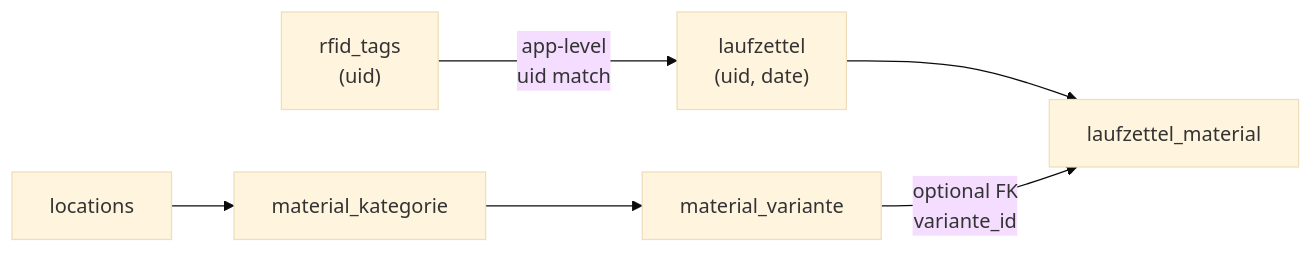
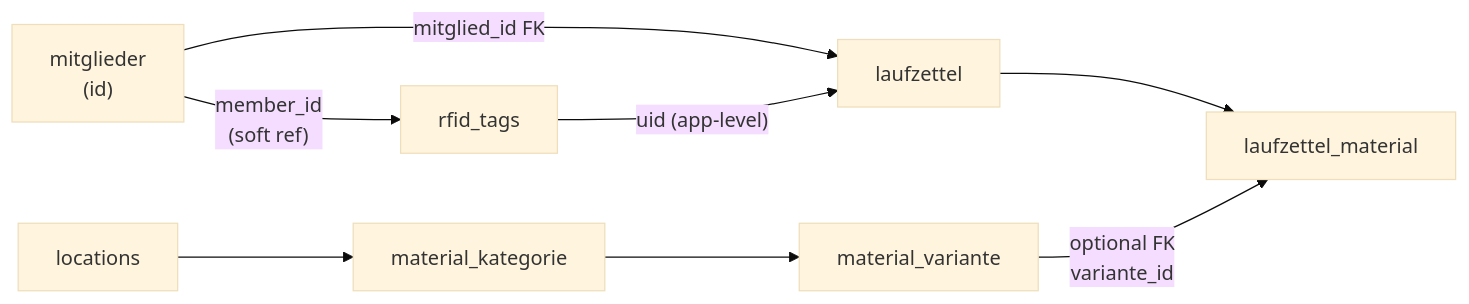
The second of 2 diagrams in docs/07-database-model.en.md (AlexErlewein/MakerPi_GroundControl), drawn with Mermaid (base theme) before and after one commit. The commit also changed other lines of this file and 5 other files, not shown here.

````diff
--- a/docs/07-database-model.en.md
+++ b/docs/07-database-model.en.md
@@ -223,8 +279,10 @@
 ```mermaid
 flowchart LR
-    T["rfid_tags\n(uid)"] -->|"app-level\nuid match"| L["laufzettel\n(uid, date)"]
+    M["mitglieder\n(id)"] -->|"mitglied_id FK"| L["laufzettel"]
+    M -->|"member_id\n(soft ref)"| T["rfid_tags"]
+    T -->|"uid (app-level)"| L
     L --> LM["laufzettel_material"]
     MV["material_variante"] -->|"optional FK\nvariante_id"| LM
     MK["material_kategorie"] --> MV
     LOC["locations"] --> MK
 ```
````
